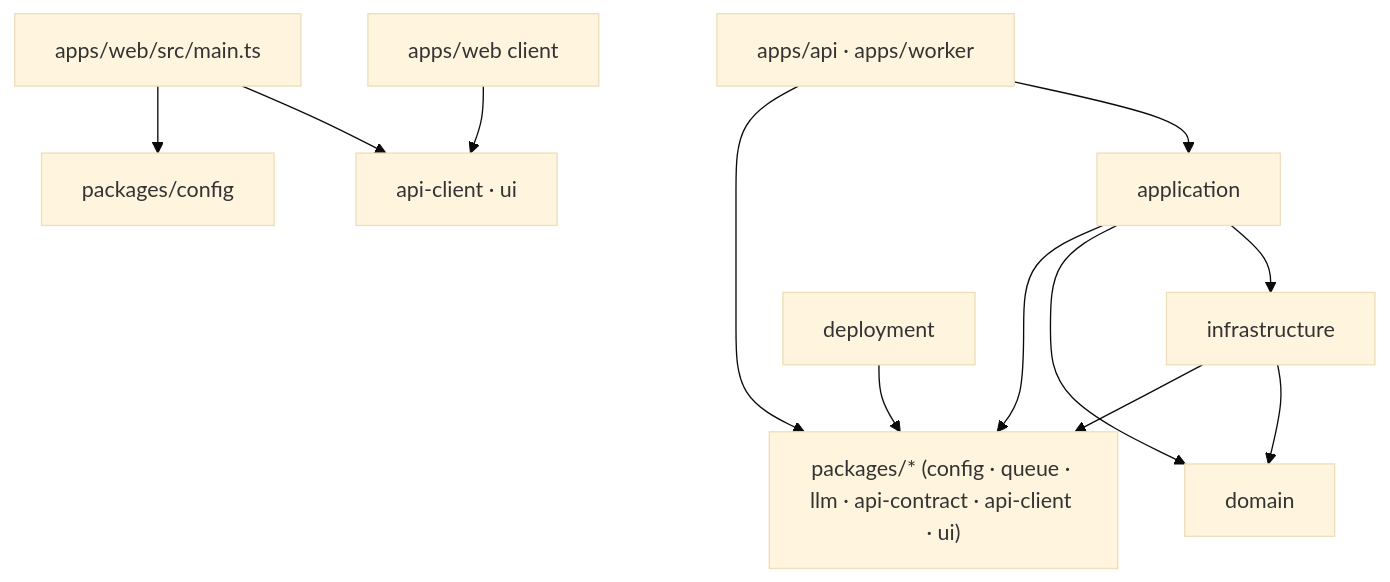
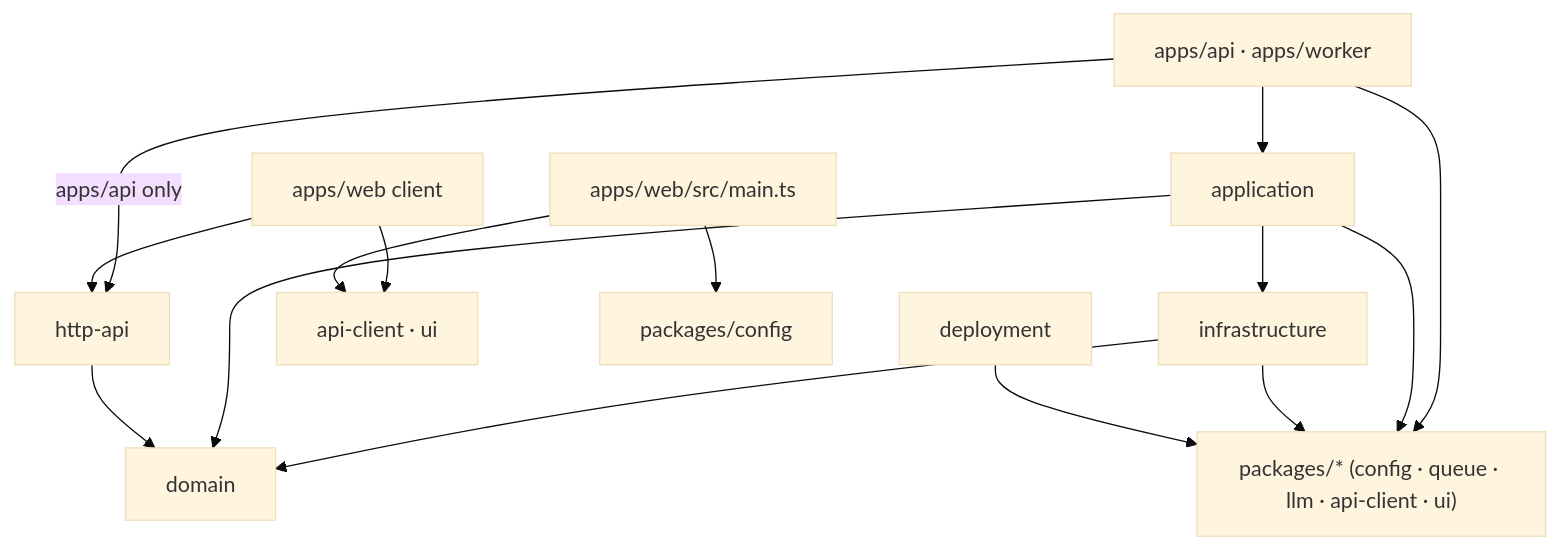
Before and after one commit to khotei/app-template: the diagram in docs/knowledge/architecture.md, drawn with Mermaid (base theme). The commit also changed other lines of this file and 33 other files, not shown here.

````diff
--- a/docs/knowledge/architecture.md
+++ b/docs/knowledge/architecture.md
@@ -9,14 +9,17 @@
 ```mermaid
 graph TD
   apps["apps/api · apps/worker"] --> application
   application --> infrastructure
   infrastructure --> domain
   application --> domain
-  apps --> packages["packages/* (config · queue · llm · api-contract · api-client · ui)"]
+  apps -->|"apps/api only"| httpApi["http-api"]
+  httpApi --> domain
+  apps --> packages["packages/* (config · queue · llm · api-client · ui)"]
   application --> packages
   infrastructure --> packages
-  web["apps/web client"] --> clientPkgs["api-client · ui"]
+  web["apps/web client"] --> httpApi
+  web --> clientPkgs["api-client · ui"]
   webMain["apps/web/src/main.ts"] --> clientPkgs
   webMain --> config["packages/config"]
   deployment --> packages
 ```
````
